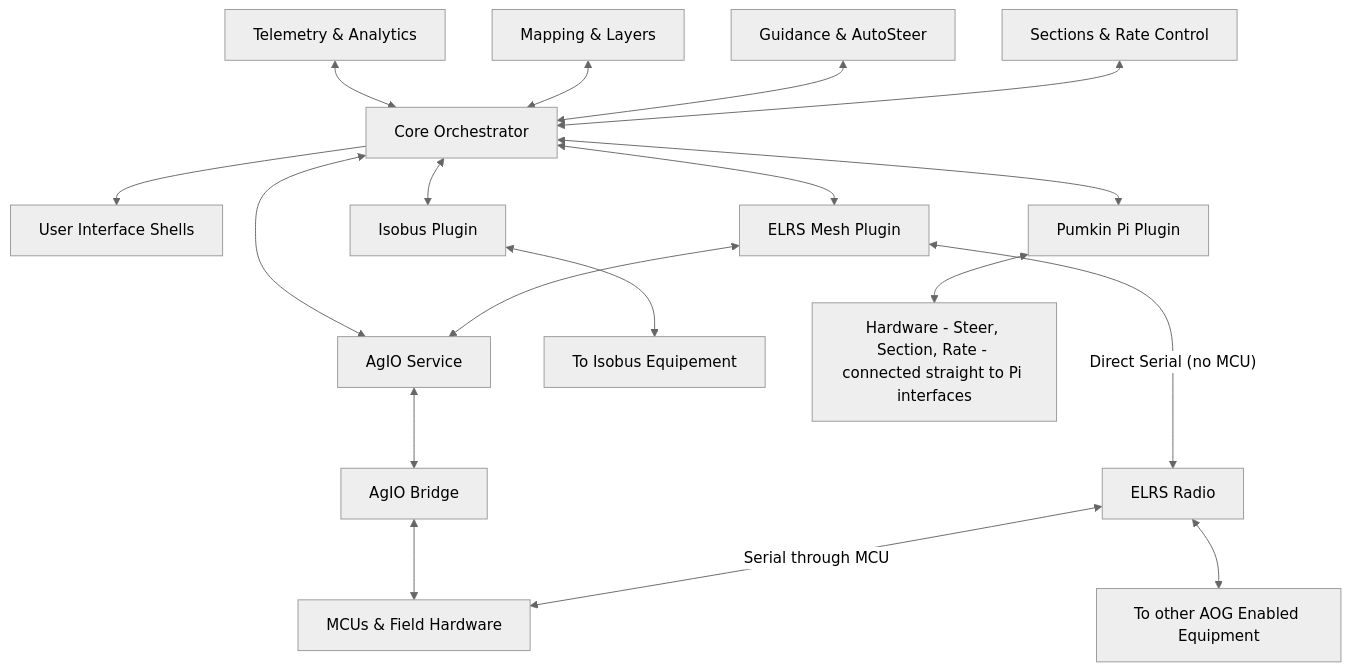
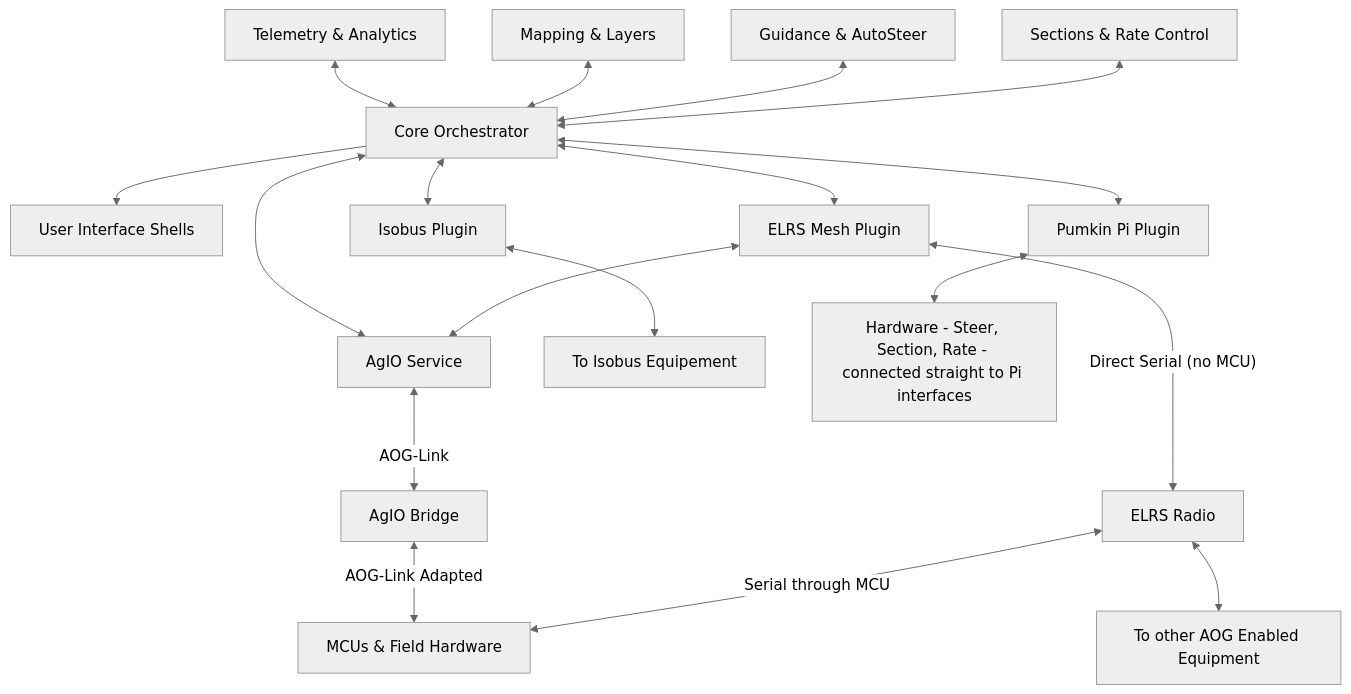
One commit to FortneyMFG/AgOpenGPS-Nexus changed the diagram in README.md. Above: the diagram before and after it, drawn with Mermaid (neutral theme).

Commit message:
Revise mapping in README to include AOG-Link
Updated the mapping relationships to include AOG-Link.

````diff
--- a/README.md
+++ b/README.md
@@ -15,39 +15,39 @@
 ```mermaid
 flowchart TD
     Core[Core Orchestrator]
     UI[User Interface Shells]
     Telemetry[Telemetry & Analytics]
     Mapping[Mapping & Layers]
     Guidance[Guidance & AutoSteer]
     Sections[Sections & Rate Control]
     Bridge[AgIO Bridge]
     AgIO[AgIO Service]
     MCUs[MCUs & Field Hardware]
     ELRS[ELRS Mesh Plugin]
     ELRSR[ELRS Radio]
     EAOG[To other AOG Enabled Equipment]
     ISOBUSP[Isobus Plugin]
     ISOBUS[To Isobus Equipement]
     PPP[Pumkin Pi Plugin]
     PPH[Hardware - Steer, Section, Rate - connected straight to Pi interfaces]
     
 
     Core --> UI
     Telemetry <--> Core
     Mapping <--> Core
     Guidance <--> Core
     Sections <--> Core
     Core <--> AgIO
-    AgIO <--> Bridge
-    Bridge <--> MCUs
+    AgIO <-- AOG-Link --> Bridge
+    Bridge <-- AOG-Link Adapted --> MCUs
     Core <--> ISOBUSP
     ISOBUSP <--> ISOBUS
     Core <--> ELRS
     ELRS <-- Direct Serial (no MCU) --> ELRSR
     ELRS <--> AgIO
     ELRSR <-- Serial through MCU --> MCUs
     ELRSR <--> EAOG
     Core <--> PPP
     PPP <--> PPH
     
 ```
````
